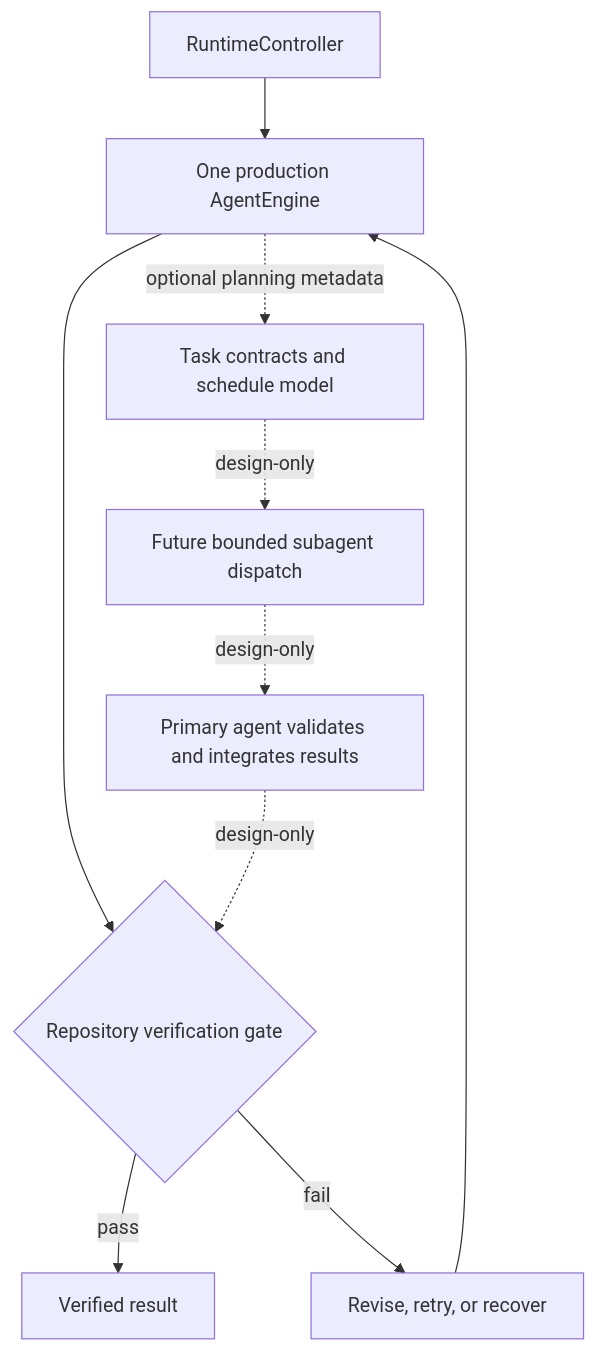
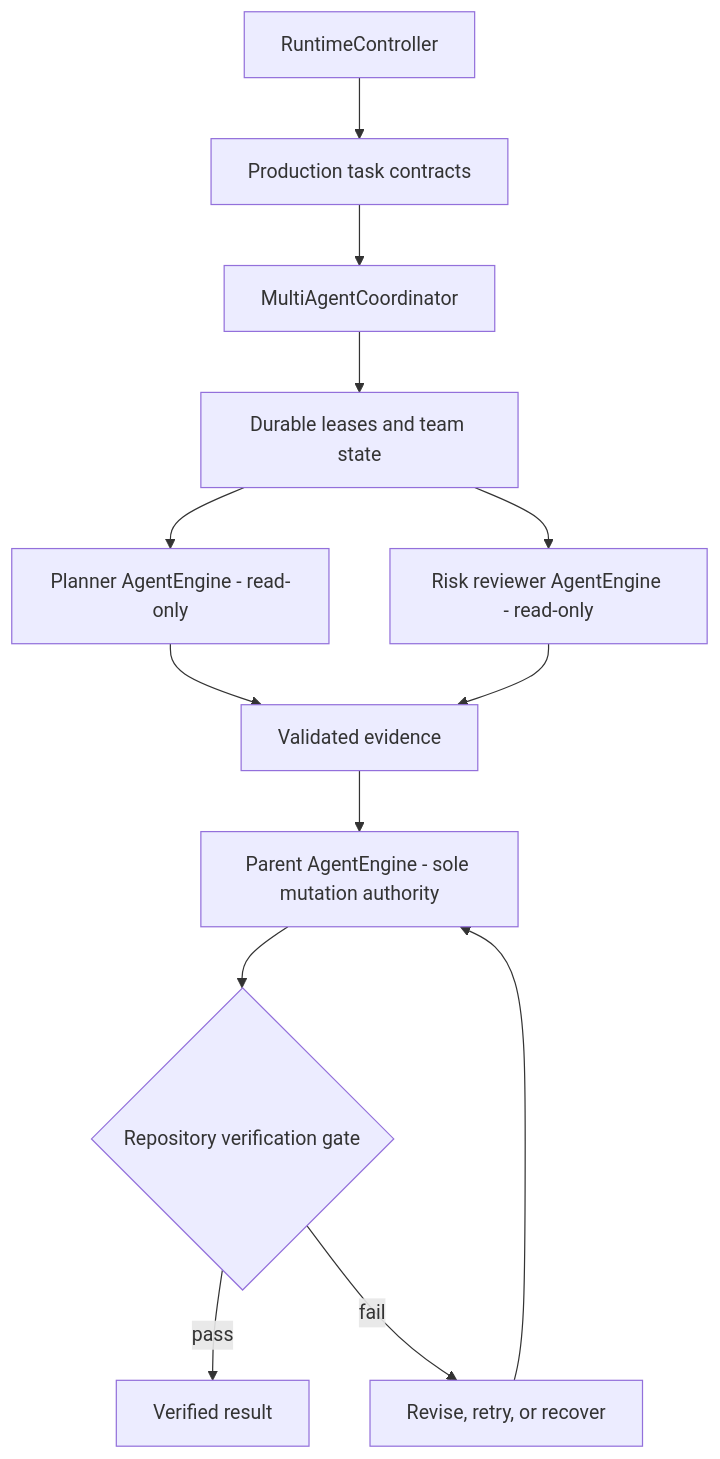
Before and after one commit to benclawbot/Medusa: the third of 5 diagrams in docs/ARCHITECTURE.md, drawn with Mermaid. The commit also changed other lines of this file and 27 other files, not shown here.

Commit message:
Dispatch durable read-only teammates from run_prompt

````diff
--- a/docs/ARCHITECTURE.md
+++ b/docs/ARCHITECTURE.md
@@ -74,12 +76,15 @@
 ```mermaid
 flowchart TD
-    C[RuntimeController] --> A[One production AgentEngine]
-    A --> G{Repository verification gate}
+    C[RuntimeController] --> P[Production task contracts]
+    P --> O[MultiAgentCoordinator]
+    O --> L[Durable leases and team state]
+    L --> A[Planner AgentEngine - read-only]
+    L --> R[Risk reviewer AgentEngine - read-only]
+    A --> E[Validated evidence]
+    R --> E
+    E --> Parent[Parent AgentEngine - sole mutation authority]
+    Parent --> G{Repository verification gate}
     G -->|pass| Done[Verified result]
     G -->|fail| Fix[Revise, retry, or recover]
-    Fix --> A
-    A -. optional planning metadata .-> P[Task contracts and schedule model]
-    P -. design-only .-> D[Future bounded subagent dispatch]
-    D -. design-only .-> I[Primary agent validates and integrates results]
-    I -. design-only .-> G
+    Fix --> Parent
 ```
````
